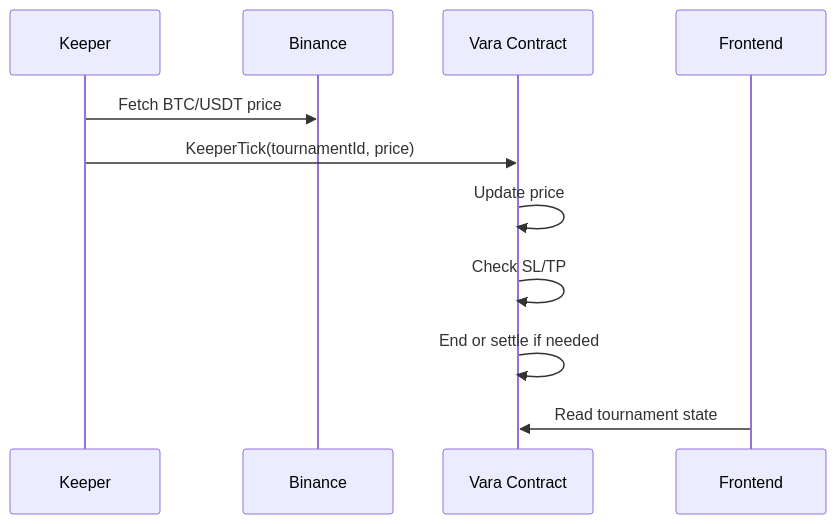
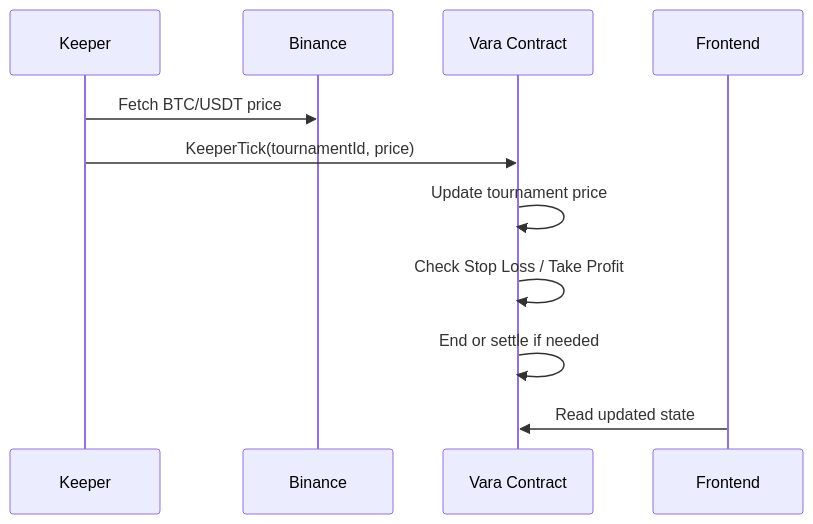
One commit to shashwatweb3/tradevault-arena changed the third of 4 diagrams in docs/TRADEVAULT_ARENA_OVERVIEW.md. Above: the diagram before and after it, drawn with Mermaid. The commit also changed other lines of this file and 3 other files, not shown here.

Commit message:
docs: add polished interactive docs page with diagrams

````diff
--- a/docs/TRADEVAULT_ARENA_OVERVIEW.md
+++ b/docs/TRADEVAULT_ARENA_OVERVIEW.md
@@ -177,14 +82,13 @@
 ```mermaid
 sequenceDiagram
-  participant K as Keeper
-  participant B as Binance
-  participant C as Vara Contract
-  participant F as Frontend
-
-  K->>B: Fetch BTC/USDT price
-  K->>C: KeeperTick(tournamentId, price)
-  C->>C: Update price
-  C->>C: Check SL/TP
-  C->>C: End or settle if needed
-  F->>C: Read tournament state
+participant K as Keeper
+participant B as Binance
+participant C as Vara Contract
+participant F as Frontend
+K->>B: Fetch BTC/USDT price
+K->>C: KeeperTick(tournamentId, price)
+C->>C: Update tournament price
+C->>C: Check Stop Loss / Take Profit
+C->>C: End or settle if needed
+F->>C: Read updated state
 ```
````
